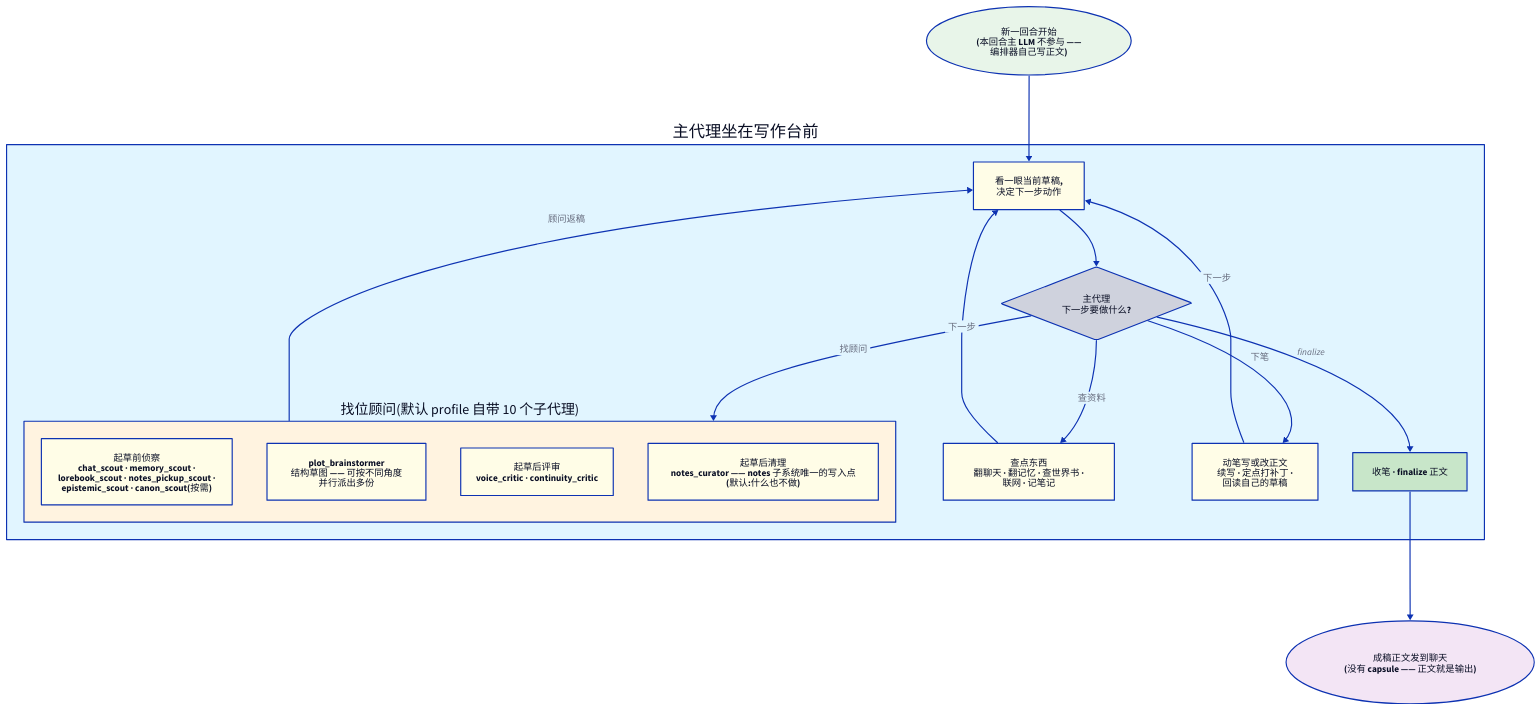
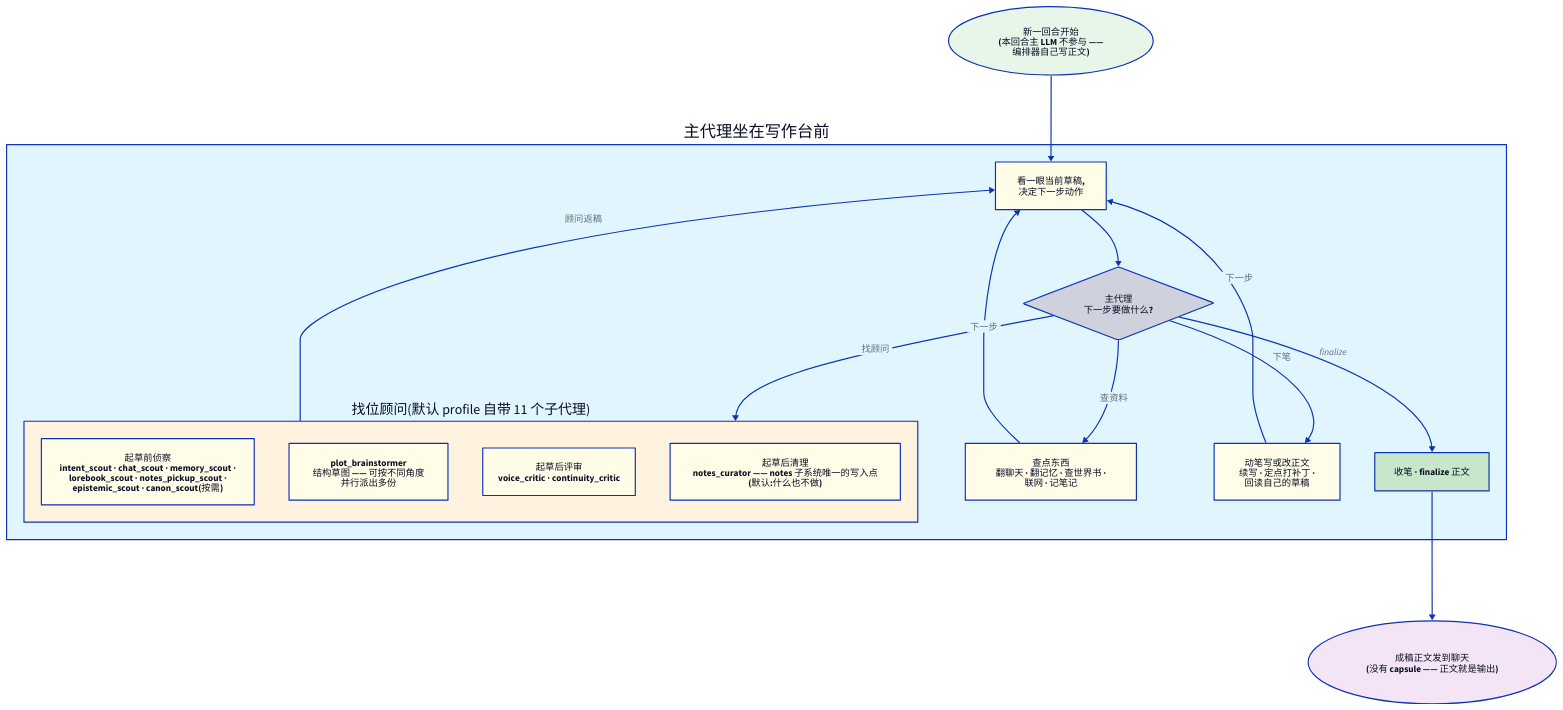
One commit to funnycups/Luker changed the diagram in docs/zh-CN/features/orchestrator/director.md. Above: the diagram before and after it, drawn with D2. The commit also changed other lines of this file and 7 other files, not shown here.

````diff
--- a/docs/zh-CN/features/orchestrator/director.md
+++ b/docs/zh-CN/features/orchestrator/director.md
@@ -66,65 +66,65 @@
 ```d2
 direction: down
 
 start: "新一回合开始\n(本回合主 LLM 不参与 ——\n编排器自己写正文)" {
   shape: oval
   style.fill: "#e8f5e9"
 }
 
 loop: "主代理坐在写作台前" {
   style.fill: "#e1f5ff"
 
   think: "看一眼当前草稿,\n决定下一步动作" {
     style.fill: "#fffde7"
   }
 
   decide: "主代理\n下一步要做什么?" {
     shape: diamond
   }
 
-  consult: "找位顾问(默认 profile 自带 10 个子代理)" {
+  consult: "找位顾问(默认 profile 自带 11 个子代理)" {
     style.fill: "#fff3e0"
-    pre: "起草前侦察\nchat_scout · memory_scout ·\nlorebook_scout · notes_pickup_scout ·\nepistemic_scout · canon_scout(按需)" {
+    pre: "起草前侦察\nintent_scout · chat_scout · memory_scout ·\nlorebook_scout · notes_pickup_scout ·\nepistemic_scout · canon_scout(按需)" {
       style.fill: "#fffde7"
     }
     mid: "plot_brainstormer\n结构草图 —— 可按不同角度\n并行派出多份" {
       style.fill: "#fffde7"
     }
     post: "起草后评审\nvoice_critic · continuity_critic" {
       style.fill: "#fffde7"
     }
     housekeeping: "起草后清理\nnotes_curator —— notes 子系统唯一的写入点\n(默认:什么也不做)" {
       style.fill: "#fffde7"
     }
   }
 
   research: "查点东西\n翻聊天 · 翻记忆 · 查世界书 ·\n联网 · 记笔记" {
     style.fill: "#fffde7"
   }
 
   write: "动笔写或改正文\n续写 · 定点打补丁 ·\n回读自己的草稿" {
     style.fill: "#fffde7"
   }
 
   finalize: "收笔 · finalize 正文" {
     style.fill: "#c8e6c9"
   }
 
   think -> decide
   decide -> consult: "找顾问"
   decide -> research: "查资料"
   decide -> write: "下笔"
   decide -> finalize: "finalize"
   consult -> think: "顾问返稿"
   research -> think: "下一步"
   write -> think: "下一步"
 }
 
 out: "成稿正文发到聊天\n(没有 capsule —— 正文就是输出)" {
   shape: oval
   style.fill: "#f3e5f5"
 }
 
 start -> loop.think
 loop.finalize -> out
 ```
````
